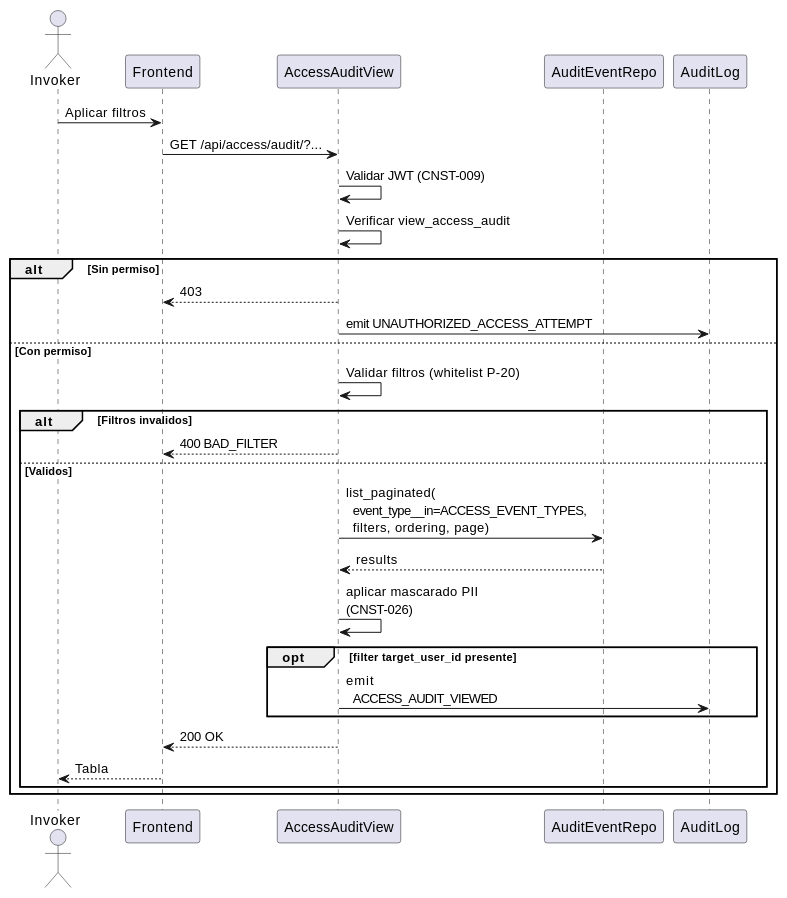
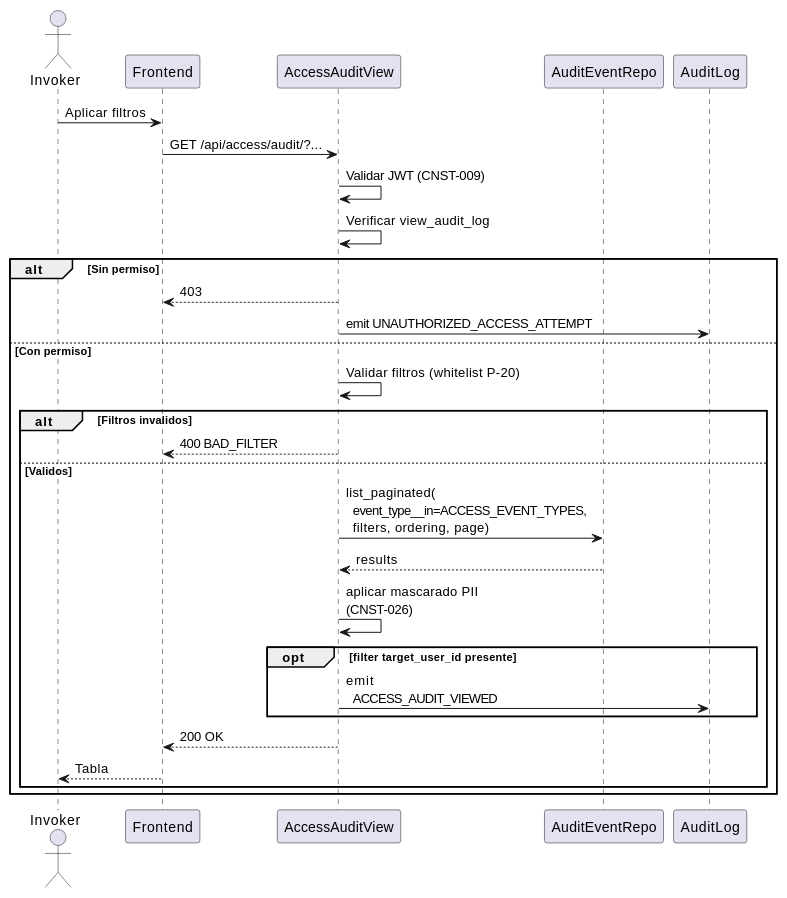
Before and after one commit to jcg-admin/IACT-docs: the second of 4 diagrams in source/requisitos/casos-uso/access/uc-acc-09/diagramas-uml.rst, drawn with PlantUML. The commit also changed other lines of this file and 157 other files, not shown here.

First line of the commit message:
Enforce catalog function names across all diagrams

```diff
--- a/source/requisitos/casos-uso/access/uc-acc-09/diagramas-uml.rst
+++ b/source/requisitos/casos-uso/access/uc-acc-09/diagramas-uml.rst
@@ -46,36 +46,36 @@
 .. uml::
  :caption: UC_ACC_09 sub-flujo listado
 
  @startuml
 
  actor Invoker as I
  participant "Frontend" as FE
  participant "AccessAuditView" as AV
  participant "AuditEventRepo" as AR
  participant "AuditLog" as AL
 
  I -> FE: Aplicar filtros
  FE -> AV: GET /api/access/audit/?...
 
  AV -> AV: Validar JWT (CNST-009)
- AV -> AV: Verificar view_access_audit
+ AV -> AV: Verificar view_audit_log
  alt Sin permiso
    AV --> FE: 403
    AV -> AL: emit UNAUTHORIZED_ACCESS_ATTEMPT
  else Con permiso
    AV -> AV: Validar filtros (whitelist P-20)
    alt Filtros invalidos
      AV --> FE: 400 BAD_FILTER
    else Validos
      AV -> AR: list_paginated(\n  event_type__in=ACCESS_EVENT_TYPES,\n  filters, ordering, page)
      AR --> AV: results
      AV -> AV: aplicar mascarado PII\n(CNST-026)
      opt filter target_user_id presente
        AV -> AL: emit\n  ACCESS_AUDIT_VIEWED
      end
      AV --> FE: 200 OK
      FE --> I: Tabla
    end
  end
 
  @enduml
```
